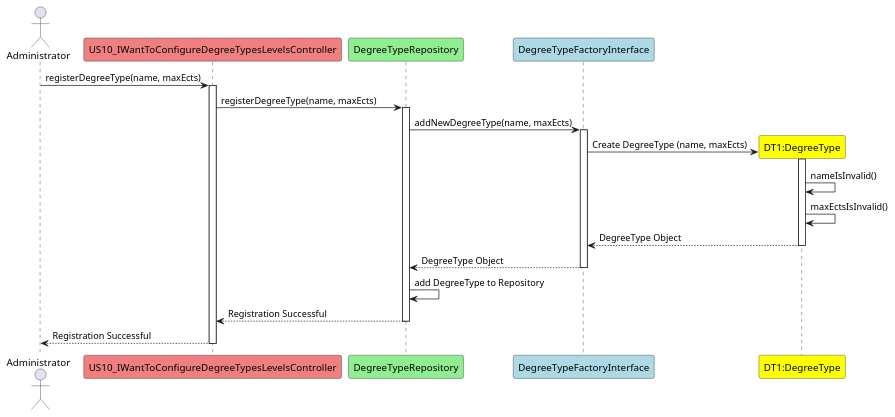
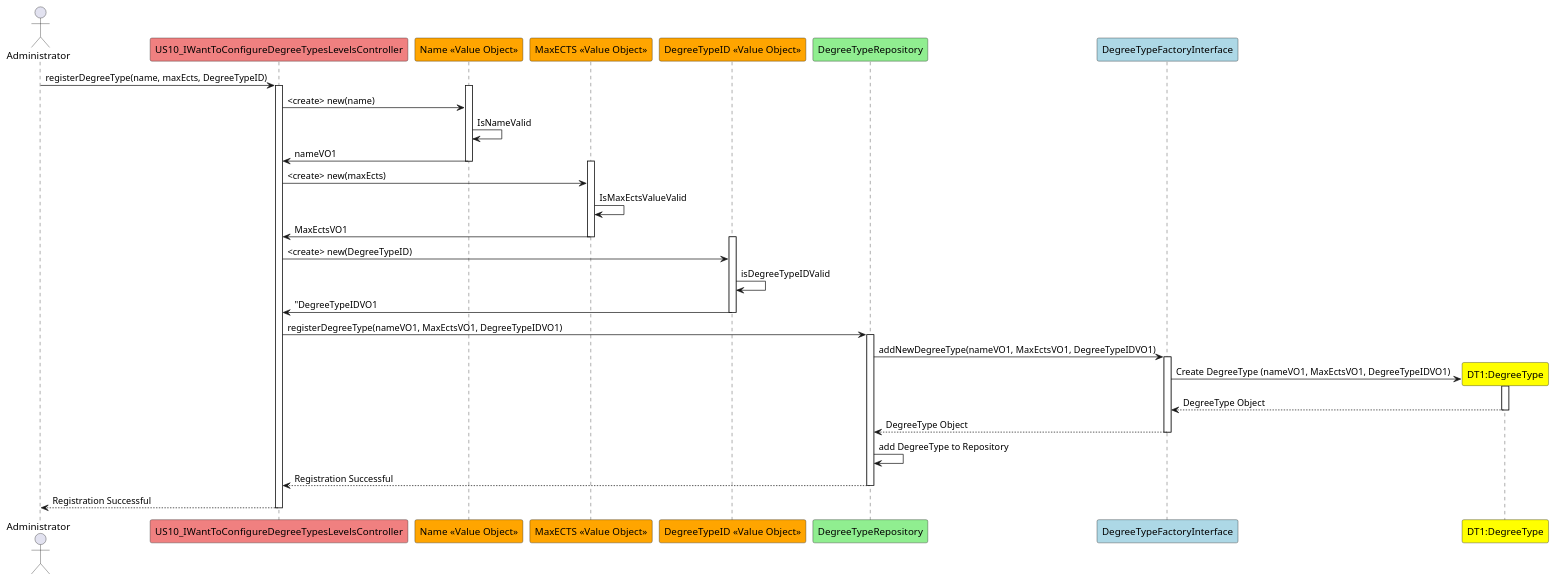
The diagram in docs/US10/US10_ConfigureDegreeTypeInSystemSD.puml (GasparISEP/DevOps-PAI), drawn with PlantUML before and after one commit. The commit also changed 3 other files, not shown here.

Commit message:
Update sequence diagram of US10 according to DDD. Ref #103

```diff
--- a/docs/US10/US10_ConfigureDegreeTypeInSystemSD.puml
+++ b/docs/US10/US10_ConfigureDegreeTypeInSystemSD.puml
@@ -1,27 +1,44 @@
 @startuml
 actor Administrator as Adm
 participant "US10_IWantToConfigureDegreeTypesLevelsController" as Controller #lightcoral
+participant "Name <<Value Object>>" as N #orange
+participant "MaxECTS <<Value Object>>" as MAX #orange
+participant "DegreeTypeID <<Value Object>>" as DTID #orange
 participant "DegreeTypeRepository" as DTR #lightgreen
 participant "DegreeTypeFactoryInterface" as DTF #lightblue
 
-Adm -> Controller : registerDegreeType(name, maxEcts)
+
+Adm -> Controller : registerDegreeType(name, maxEcts, DegreeTypeID)
 activate Controller
-Controller -> DTR : registerDegreeType(name, maxEcts)
+activate N
+Controller -> N : <create> new(name)
+N -> N : IsNameValid
+N -> Controller : nameVO1
+deactivate N
+activate MAX
+Controller -> MAX : <create> new(maxEcts)
+MAX -> MAX : IsMaxEctsValueValid
+MAX -> Controller : MaxEctsVO1
+deactivate MAX
+activate DTID
+Controller -> DTID : <create> new(DegreeTypeID)
+DTID -> DTID : isDegreeTypeIDValid
+DTID -> Controller : "DegreeTypeIDVO1
+deactivate DTID
+Controller -> DTR : registerDegreeType(nameVO1, MaxEctsVO1, DegreeTypeIDVO1)
 activate DTR
-DTR -> DTF : addNewDegreeType(name, maxEcts)
+DTR -> DTF : addNewDegreeType(nameVO1, MaxEctsVO1, DegreeTypeIDVO1)
 activate DTF
 create "DT1:DegreeType" as DT #yellow
-DTF -> DT : Create DegreeType (name, maxEcts)
+DTF -> DT : Create DegreeType (nameVO1, MaxEctsVO1, DegreeTypeIDVO1)
 activate DT
-DT -> DT : nameIsInvalid()
-DT -> DT : maxEctsIsInvalid()
 DT --> DTF : DegreeType Object
 deactivate DT
 DTF --> DTR : DegreeType Object
 deactivate DTF
 DTR -> DTR : add DegreeType to Repository
 DTR --> Controller : Registration Successful
 deactivate DTR
 Controller --> Adm : Registration Successful
 deactivate Controller
 @enduml
```
